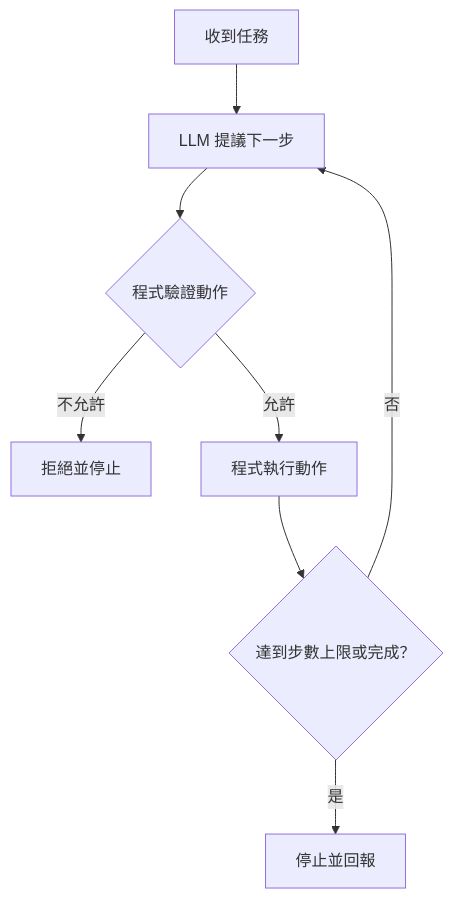
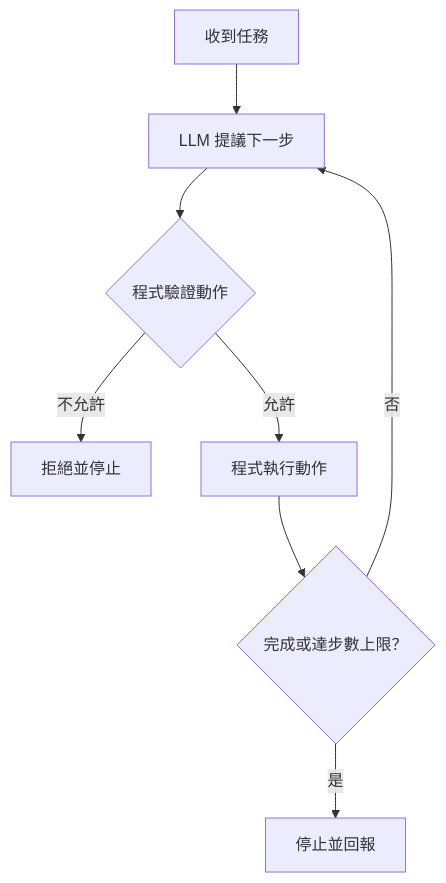
The diagram in 41-agent-patterns.md (4-learn/LLM-demo), drawn with Mermaid before and after one commit. The commit also changed other lines of this file and 12 other files, not shown here.

````diff
--- a/41-agent-patterns.md
+++ b/41-agent-patterns.md
@@ -35,10 +36,10 @@
 ```mermaid
 flowchart TD
     A[收到任務] --> B[LLM 提議下一步]
     B --> C{程式驗證動作}
     C -->|不允許| D[拒絕並停止]
     C -->|允許| E[程式執行動作]
-    E --> F{達到步數上限或完成？}
+    E --> F{完成或達步數上限？}
     F -->|否| B
     F -->|是| G[停止並回報]
 ```
````
